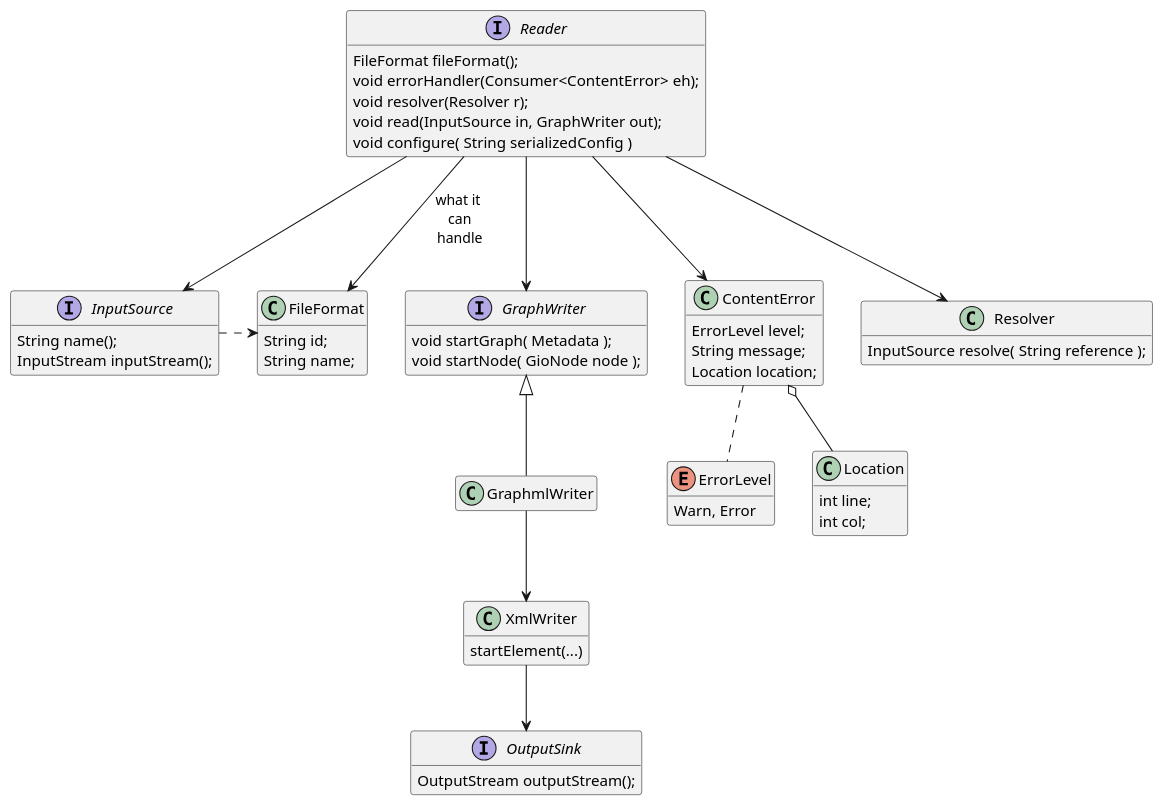
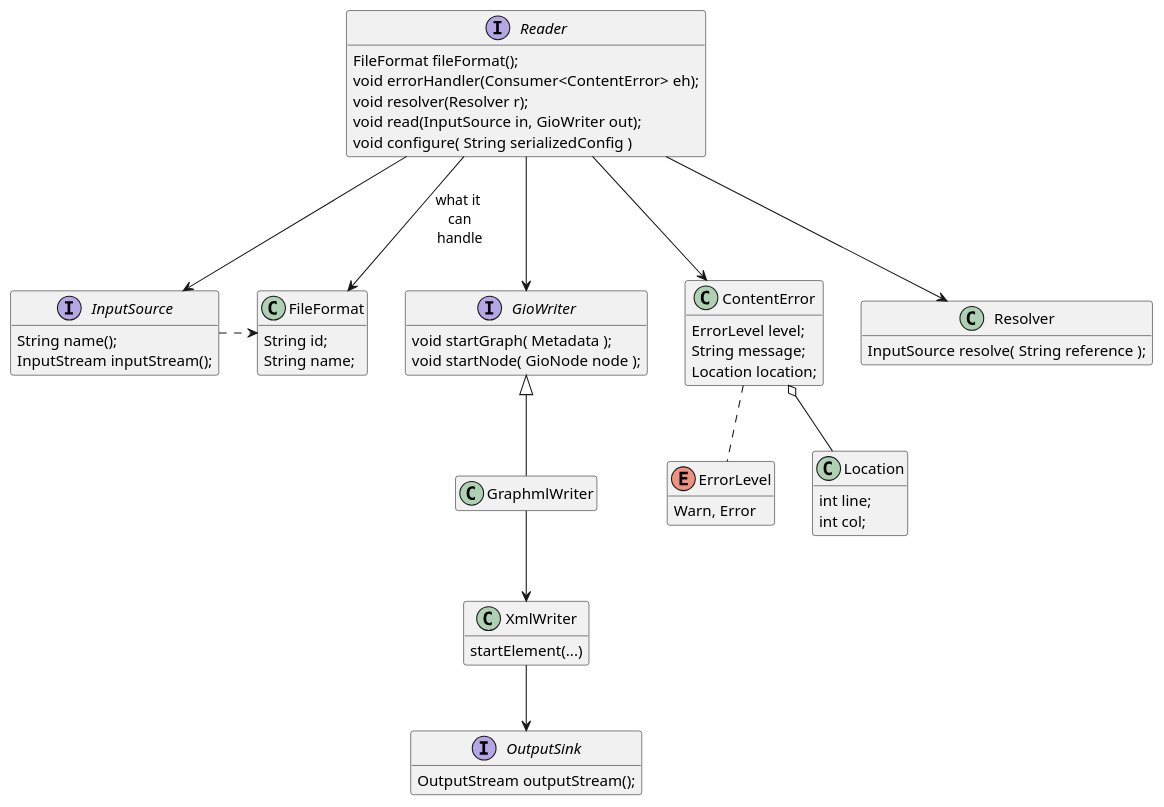
One commit to Calpano/graphinout changed the sixth of 6 diagrams in architecture.adoc. Above: the diagram before and after it, drawn with PlantUML. The commit also changed other lines of this file, not shown here.

Commit message:
improve architecture doc

```diff
--- a/architecture.adoc
+++ b/architecture.adoc
@@ -160,57 +209,57 @@
 [plantuml,reader,svg]
 ....
 hide empty members
 interface InputSource {
     String name();
     InputStream inputStream();
 }
 interface OutputSink {
     OutputStream outputStream();
 }
-interface GraphWriter {
+interface GioWriter {
     void startGraph( Metadata );
     void startNode( GioNode node );
 }
 class FileFormat {
     String id;
     String name;
 }
 enum ErrorLevel {
     Warn, Error
 }
 class ContentError {
     ErrorLevel level;
     String message;
     Location location;
 }
 class Location {
     int line;
     int col;
 }
 interface Reader {
     FileFormat fileFormat();
     void errorHandler(Consumer<ContentError> eh);
     void resolver(Resolver r);
-    void read(InputSource in, GraphWriter out);
+    void read(InputSource in, GioWriter out);
     void configure( String serializedConfig )
 }
 class Resolver {
     InputSource resolve( String reference );
 }
 ContentError o-- Location
 ContentError .. ErrorLevel
 Reader --> InputSource
 InputSource .> FileFormat
 Reader --> Resolver
 Reader --> FileFormat : what it\n can\n handle
 Reader --> ContentError
-Reader --> GraphWriter
+Reader --> GioWriter
 class GraphmlWriter {
 }
-GraphWriter <|-- GraphmlWriter
+GioWriter <|-- GraphmlWriter
 GraphmlWriter --> XmlWriter
 class XmlWriter {
     startElement(...)
 }
 XmlWriter --> OutputSink
 ....
```
